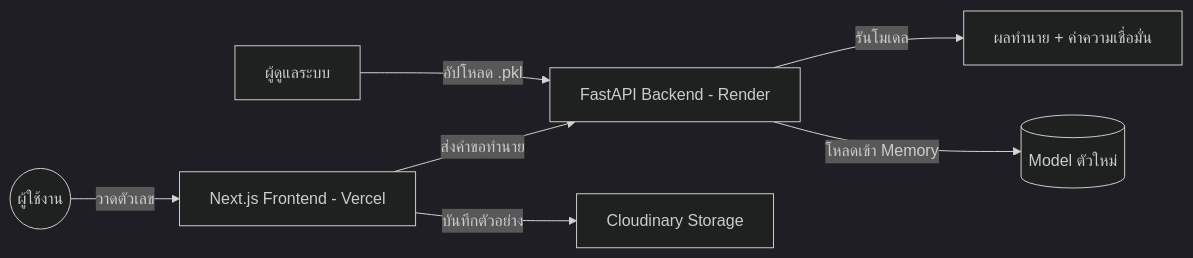
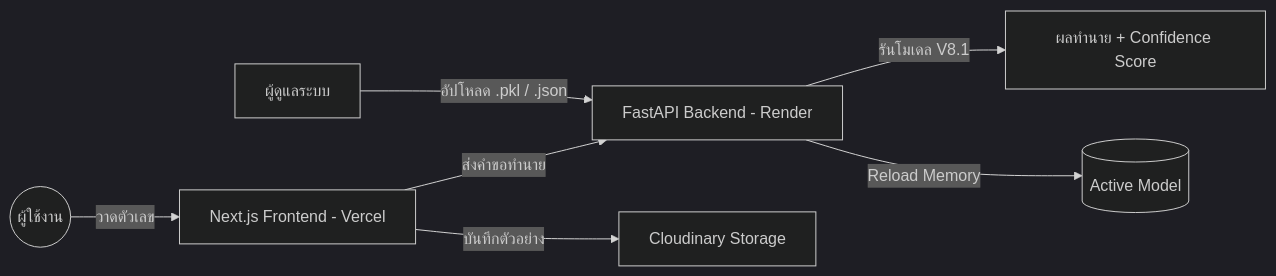
The diagram in README.md (truexproject2026/Mini_ProjectCS462), drawn with Mermaid (dark theme) before and after one commit. The commit also changed other lines of this file and 6 other files, not shown here.

````diff
--- a/README.md
+++ b/README.md
@@ -35,9 +35,9 @@
 ```mermaid
 graph LR
     User((ผู้ใช้งาน)) -->|วาดตัวเลข| Vercel[Next.js Frontend - Vercel]
     Vercel -->|ส่งคำขอทำนาย| Render[FastAPI Backend - Render]
-    Render -->|รันโมเดล| Result[ผลทำนาย + ค่าความเชื่อมั่น]
+    Render -->|รันโมเดล V8.1| Result[ผลทำนาย + Confidence Score]
     Vercel -->|บันทึกตัวอย่าง| Cloudinary[Cloudinary Storage]
-    Admin[ผู้ดูแลระบบ] -->|อัปโหลด .pkl| Render
-    Render -->|โหลดเข้า Memory| Memory[(Model ตัวใหม่)]
+    Admin[ผู้ดูแลระบบ] -->|อัปโหลด .pkl / .json| Render
+    Render -->|Reload Memory| Memory[(Active Model)]
 ```
````
